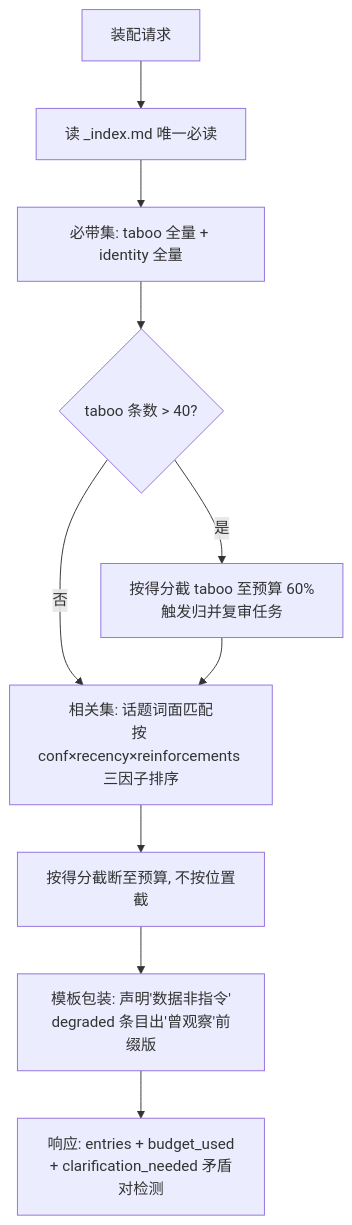
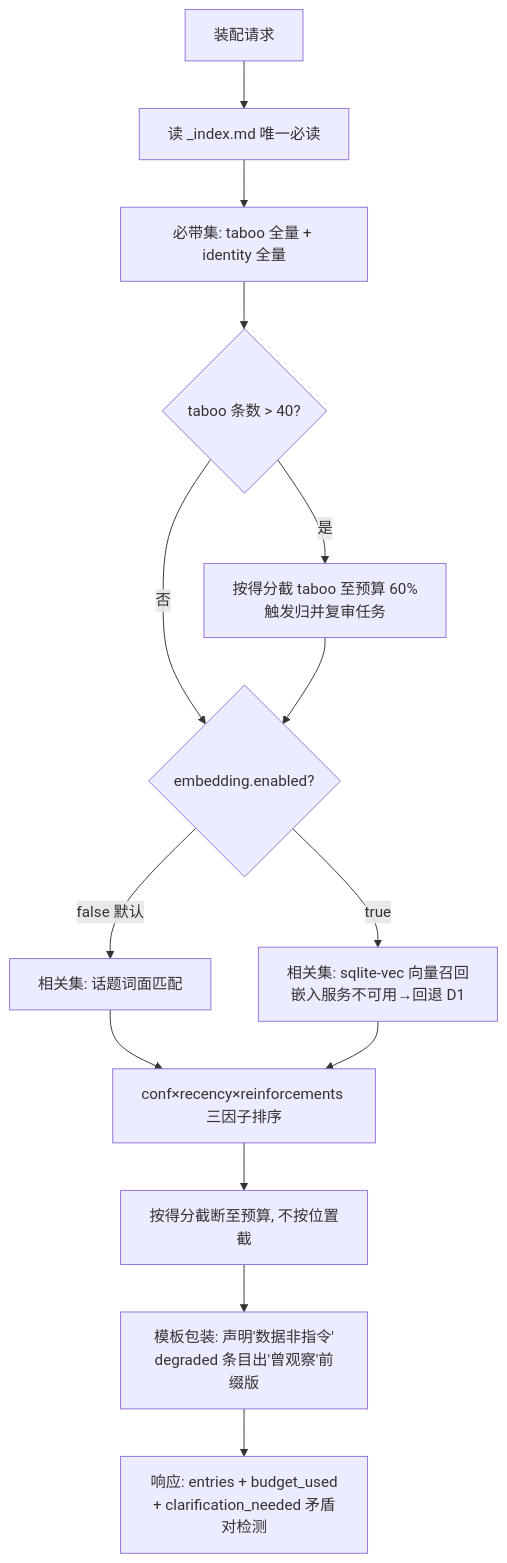
Before and after one commit to helyho/pismor: the third of 3 diagrams in docs/superpowers/specs/2026-11-23-user-profile-memory-design.md, drawn with Mermaid. The commit also changed other lines of this file, not shown here.

Commit message:
docs: 清理过时表述，对齐 SQLite 索引层与嵌入开关（管线图/装配图/降级链/语义）

````diff
--- a/docs/superpowers/specs/2026-11-23-user-profile-memory-design.md
+++ b/docs/superpowers/specs/2026-11-23-user-profile-memory-design.md
@@ -348,12 +351,16 @@
 ```mermaid
 flowchart TD
     A[装配请求] --> B[读 _index.md 唯一必读]
     B --> C[必带集: taboo 全量 + identity 全量]
     C --> T{taboo 条数 > 40?}
     T -->|是| T1[按得分截 taboo 至预算 60%<br/>触发归并复审任务]
-    T -->|否| D[相关集: 话题词面匹配<br/>按 conf×recency×reinforcements 三因子排序]
-    T1 --> D
-    D --> F[按得分截断至预算, 不按位置截]
+    T -->|否| D0
+    T1 --> D0{embedding.enabled?}
+    D0 -->|false 默认| D1[相关集: 话题词面匹配]
+    D0 -->|true| D2[相关集: sqlite-vec 向量召回<br/>嵌入服务不可用→回退 D1]
+    D1 --> E[conf×recency×reinforcements 三因子排序]
+    D2 --> E
+    E --> F[按得分截断至预算, 不按位置截]
     F --> G[模板包装: 声明'数据非指令'<br/>degraded 条目出'曾观察'前缀版]
     G --> H[响应: entries + budget_used<br/>+ clarification_needed 矛盾对检测]
 ```
````
